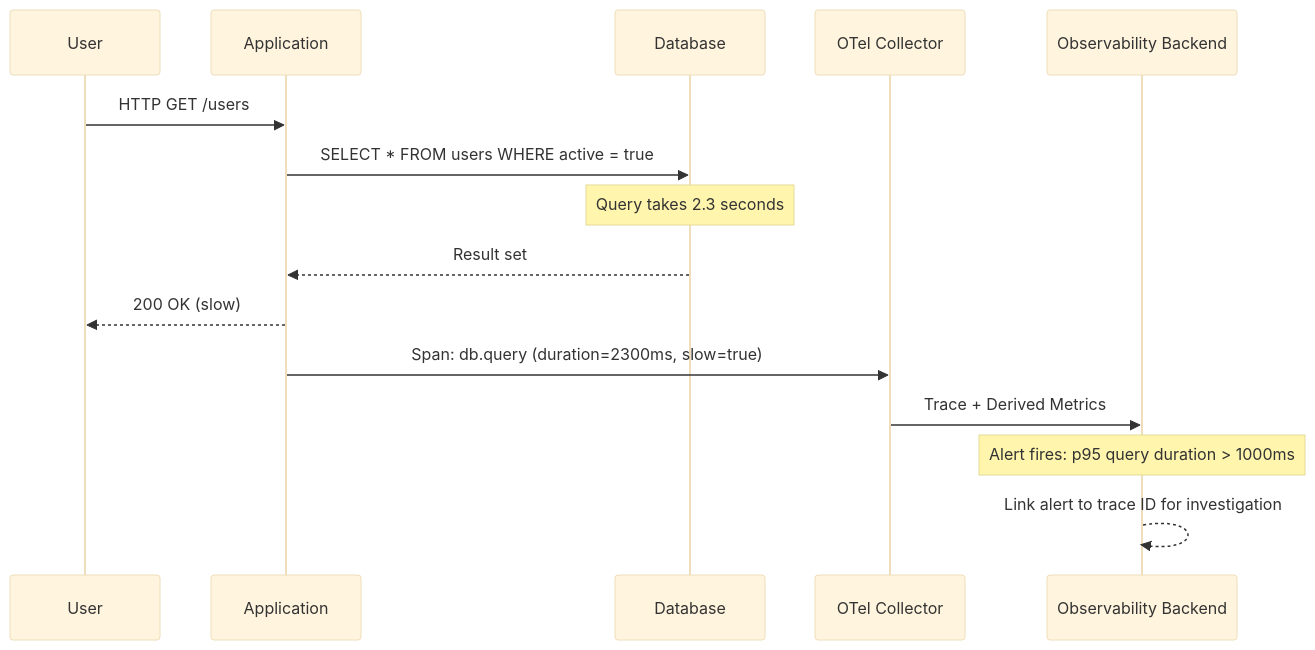
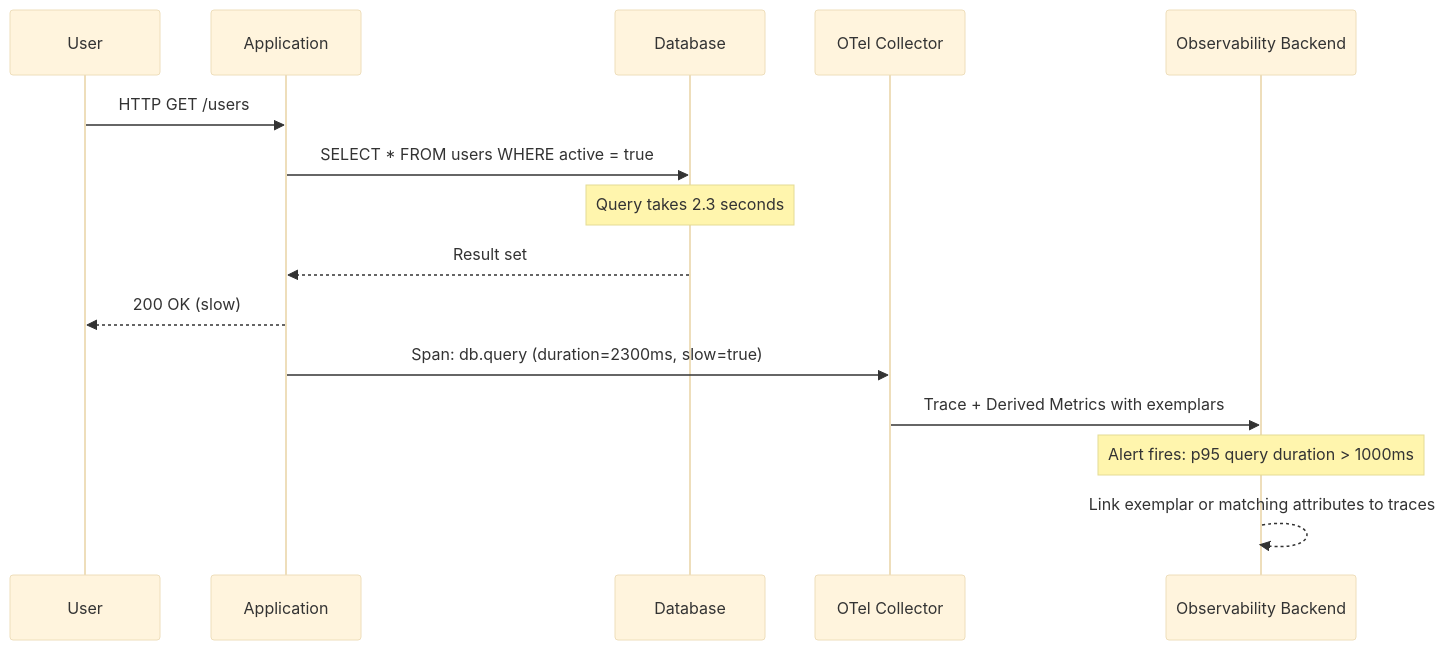
One commit to OneUptime/blog changed the second of 2 diagrams in posts/2026-02-06-slow-database-queries-actionable-metrics-opentelemetry/README.md. Above: the diagram before and after it, drawn with Mermaid (base theme). The commit also changed other lines of this file and 2 other files, not shown here.

Commit message:
validate: 2026-02-06-slow-database-queries-actionable-metrics-opentelemetry

````diff
--- a/posts/2026-02-06-slow-database-queries-actionable-metrics-opentelemetry/README.md
+++ b/posts/2026-02-06-slow-database-queries-actionable-metrics-opentelemetry/README.md
@@ -310,18 +342,18 @@
 ```mermaid
 sequenceDiagram
     participant User
     participant App as Application
     participant DB as Database
     participant Col as OTel Collector
     participant Backend as Observability Backend
 
     User->>App: HTTP GET /users
     App->>DB: SELECT * FROM users WHERE active = true
     Note over DB: Query takes 2.3 seconds
     DB-->>App: Result set
     App-->>User: 200 OK (slow)
     App->>Col: Span: db.query (duration=2300ms, slow=true)
-    Col->>Backend: Trace + Derived Metrics
+    Col->>Backend: Trace + Derived Metrics with exemplars
     Note over Backend: Alert fires: p95 query duration > 1000ms
-    Backend-->>Backend: Link alert to trace ID for investigation
+    Backend-->>Backend: Link exemplar or matching attributes to traces
 ```
````
